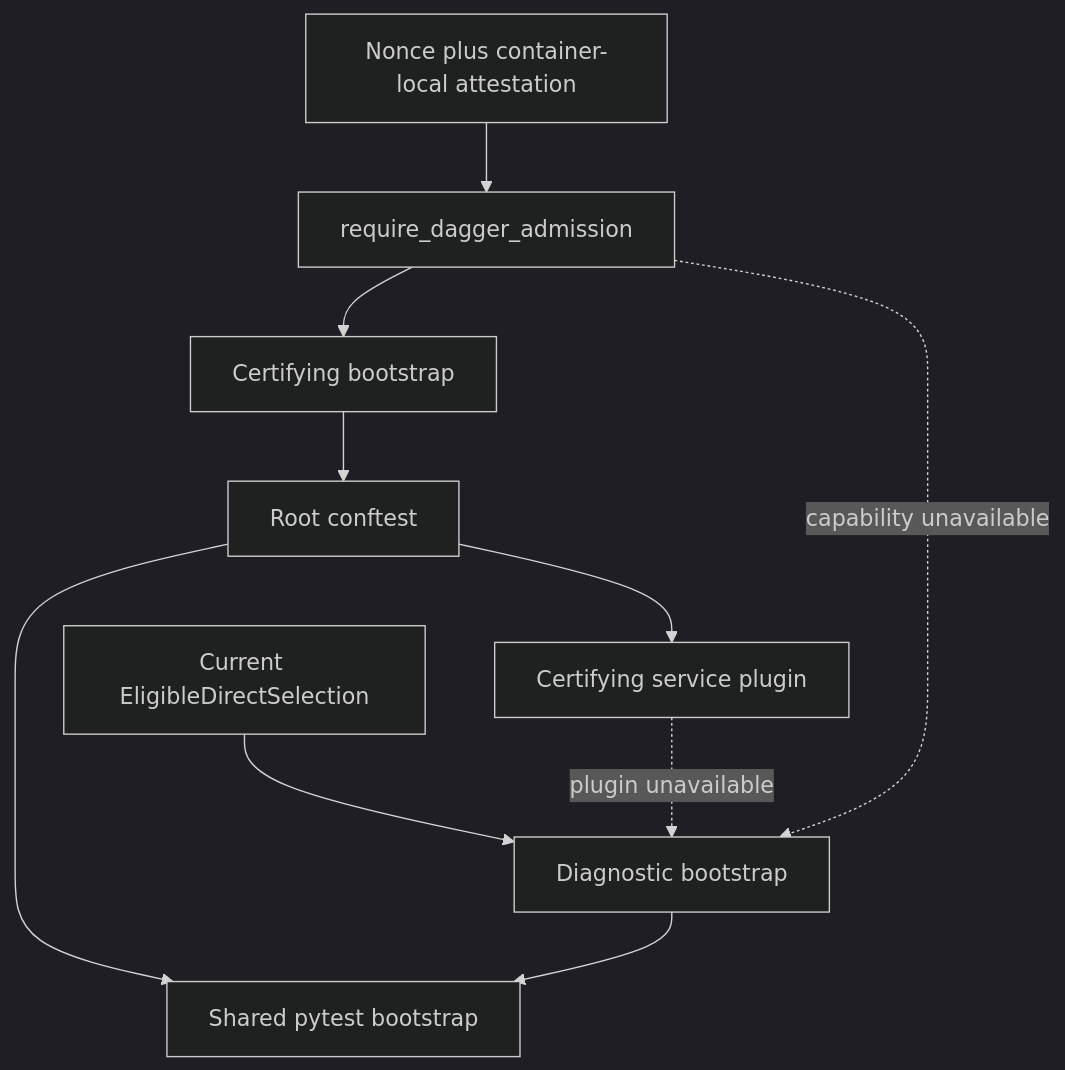
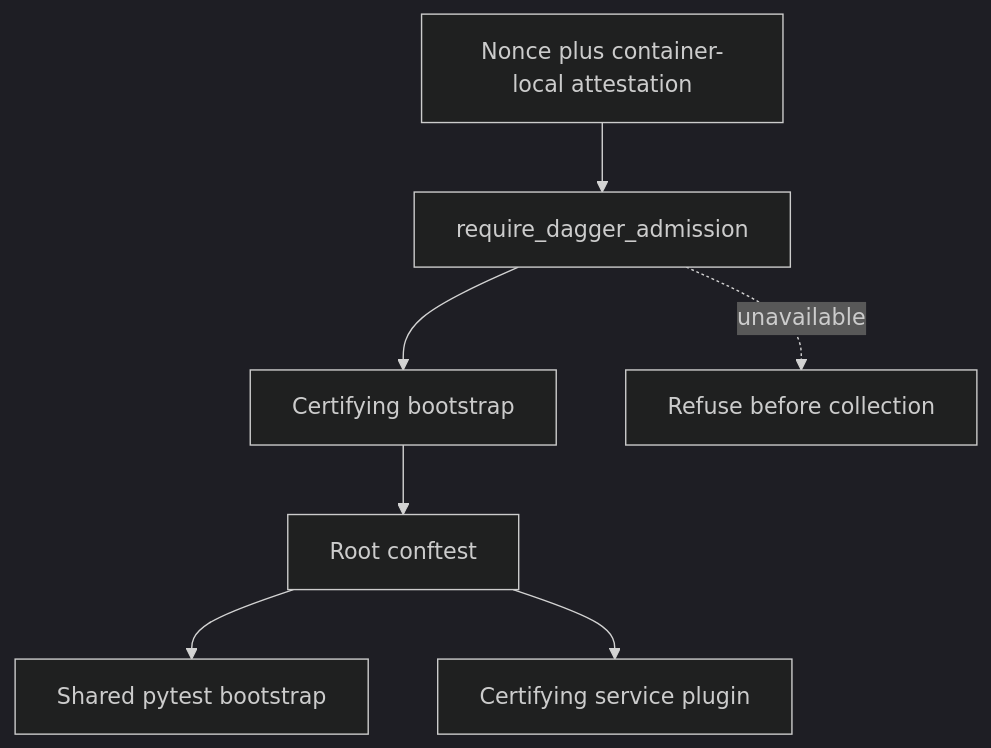
The diagram in docs/design/python-pytest-bootstrap.md (Foxfire1st/agents-remember), drawn with Mermaid (dark theme) before and after one commit. The commit also changed other lines of this file and 329 other files, not shown here.

````diff
--- a/docs/design/python-pytest-bootstrap.md
+++ b/docs/design/python-pytest-bootstrap.md
@@ -7,14 +8,9 @@
 ```mermaid
 flowchart TD
     N[Nonce plus container-local attestation] --> A[require_dagger_admission]
     A --> C[Certifying bootstrap]
     C --> R[Root conftest]
     R --> S[Shared pytest bootstrap]
     R --> X[Certifying service plugin]
-
-    E[Current EligibleDirectSelection] --> D[Diagnostic bootstrap]
-    D --> S
-
-    A -. capability unavailable .-> D
-    X -. plugin unavailable .-> D
+    A -. unavailable .-> F[Refuse before collection]
 ```
````
